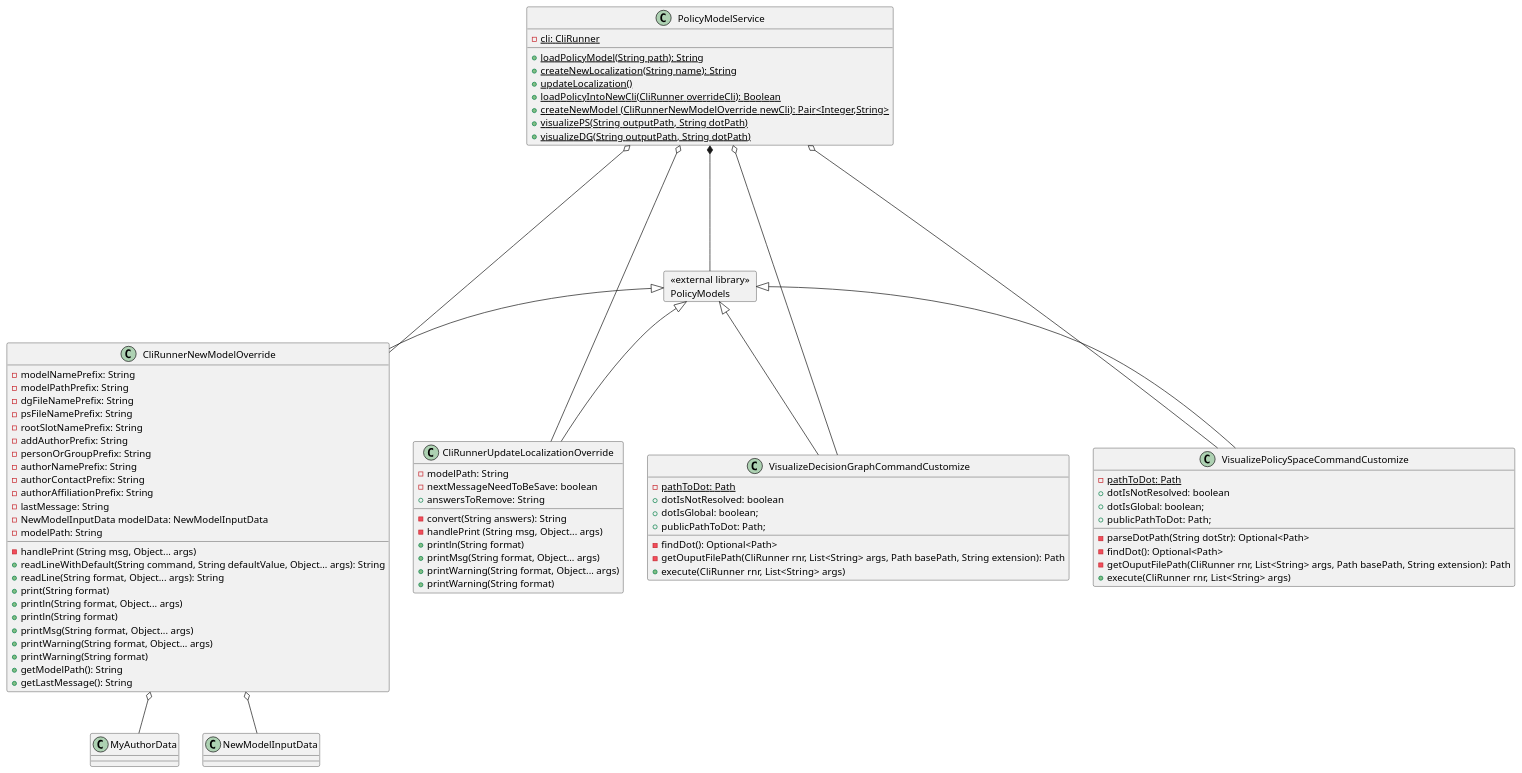
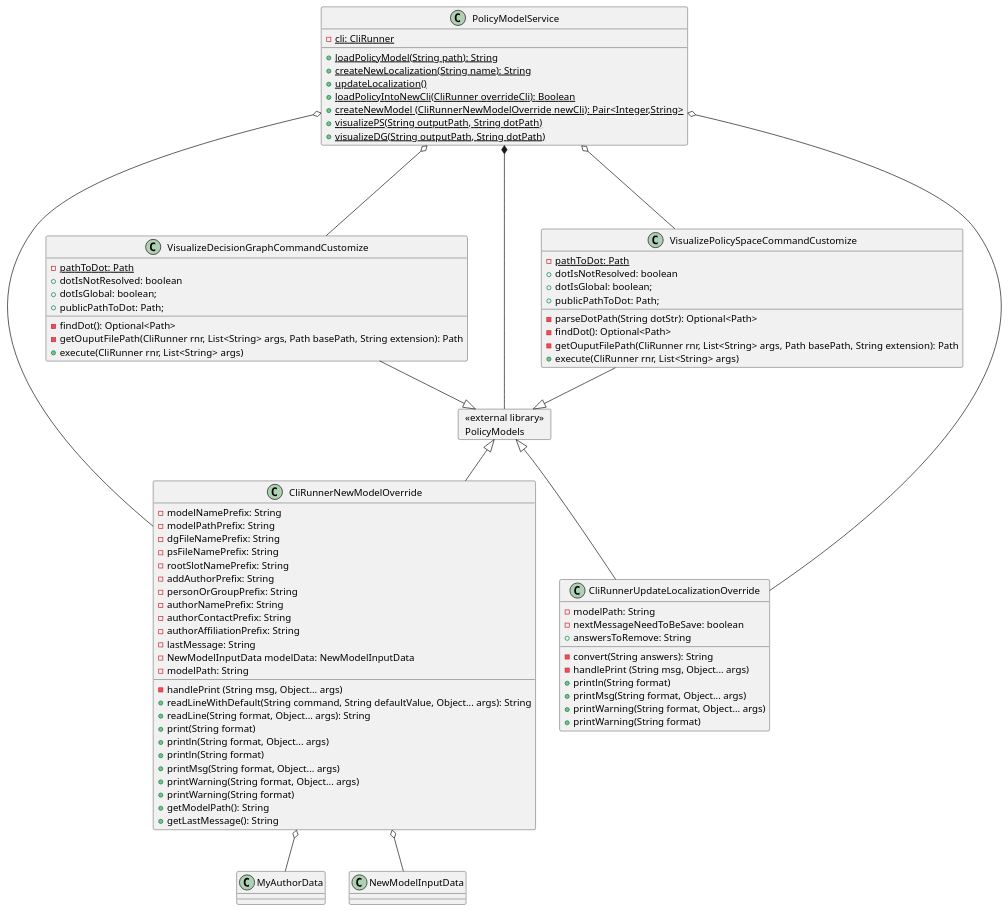
Before and after one commit to wolfj123/PolicyModelsPlugin: the diagram in diagrams/LibServiceApp/ServicesClassDiagram.puml, drawn with PlantUML.

```diff
--- a/diagrams/LibServiceApp/ServicesClassDiagram.puml
+++ b/diagrams/LibServiceApp/ServicesClassDiagram.puml
@@ -1,104 +1,107 @@
 @startuml
 
 card CLI [
     <<external library>>
 	PolicyModels
 ]
 
 
 
 class PolicyModelService {
 	-{static} cli: CliRunner
 
 	+{static} loadPolicyModel(String path): String
 	+{static} createNewLocalization(String name): String
 	+{static} updateLocalization()
 	+{static} loadPolicyIntoNewCli(CliRunner overrideCli): Boolean
 	+{static} createNewModel (CliRunnerNewModelOverride newCli): Pair<Integer,String>
 	+{static} visualizePS(String outputPath, String dotPath)
 	+{static} visualizeDG(String outputPath, String dotPath)
 }
 
 
 class VisualizeDecisionGraphCommandCustomize extends CLI {
 	- {static} pathToDot: Path 
     + dotIsNotResolved: boolean
     + dotIsGlobal: boolean;
     + publicPathToDot: Path;
 
 	- findDot(): Optional<Path>
 	- getOuputFilePath(CliRunner rnr, List<String> args, Path basePath, String extension): Path
 	+ execute(CliRunner rnr, List<String> args)
 	
 }
 
-class  VisualizePolicySpaceCommandCustomize extends CLI {
+class  VisualizePolicySpaceCommandCustomize  {
 	- {static} pathToDot: Path 
     + dotIsNotResolved: boolean
     + dotIsGlobal: boolean;
     + publicPathToDot: Path;
 
 	- parseDotPath(String dotStr): Optional<Path>
 	- findDot(): Optional<Path>
 	- getOuputFilePath(CliRunner rnr, List<String> args, Path basePath, String extension): Path
 	+ execute(CliRunner rnr, List<String> args)
 }
 
 
 
 
 class CliRunnerNewModelOverride extends CLI {
 	- modelNamePrefix: String
     - modelPathPrefix: String
     - dgFileNamePrefix: String
     - psFileNamePrefix: String
     - rootSlotNamePrefix: String
     - addAuthorPrefix: String
     - personOrGroupPrefix: String
     - authorNamePrefix: String
     - authorContactPrefix: String
     - authorAffiliationPrefix: String
     - lastMessage: String
     - NewModelInputData modelData: NewModelInputData
     - modelPath: String
 
 	- handlePrint (String msg, Object... args)
 	+ readLineWithDefault(String command, String defaultValue, Object... args): String
 	+ readLine(String format, Object... args): String
 	+ print(String format)
 	+ println(String format, Object... args)
 	+ println(String format)
 	+ printMsg(String format, Object... args)
 	+ printWarning(String format, Object... args)
 	+  printWarning(String format)
 	+ getModelPath(): String
 	+  getLastMessage(): String
 }
 
 
 
 class CliRunnerUpdateLocalizationOverride extends CLI {
 	- modelPath: String
     - nextMessageNeedToBeSave: boolean
     + answersToRemove: String
 
 	- convert(String answers): String
 	- handlePrint (String msg, Object... args)
 	+ println(String format)
 	+ printMsg(String format, Object... args)
 	+ printWarning(String format, Object... args)
 	+ printWarning(String format)
 
 }
 
 PolicyModelService o--- CliRunnerNewModelOverride
 PolicyModelService o--- CliRunnerUpdateLocalizationOverride
 PolicyModelService o--- VisualizePolicySpaceCommandCustomize
 PolicyModelService o--- VisualizeDecisionGraphCommandCustomize
 PolicyModelService *---down- CLI
 
 CliRunnerNewModelOverride -right[hidden]--- CliRunnerUpdateLocalizationOverride
 CliRunnerNewModelOverride o-- MyAuthorData  
 CliRunnerNewModelOverride o-- NewModelInputData  
+VisualizePolicySpaceCommandCustomize --|> CLI
+VisualizePolicySpaceCommandCustomize -left[hidden]- VisualizeDecisionGraphCommandCustomize
+
 
 @enduml
```
